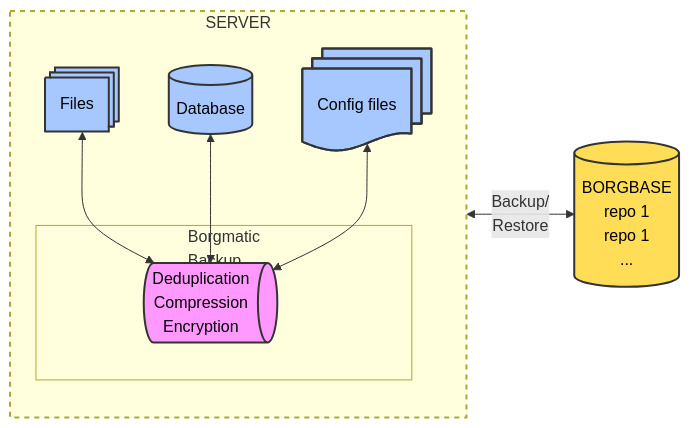
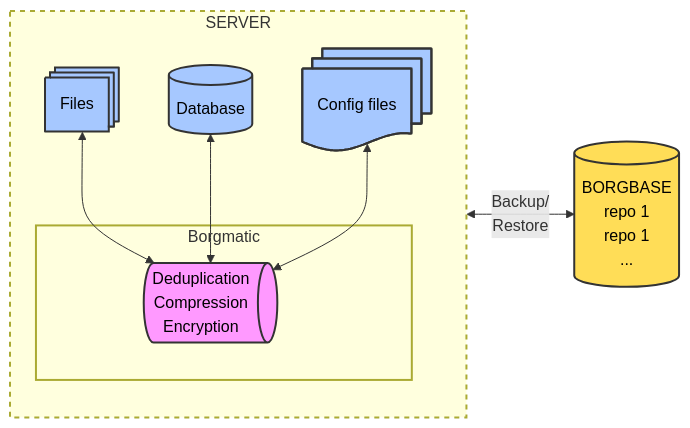
One commit to dinhngocdung/easyengine-notes changed the diagram in content/notes/borgmatic.md. Above: the diagram before and after it, drawn with Mermaid.

````diff
--- a/content/notes/borgmatic.md
+++ b/content/notes/borgmatic.md
@@ -13,42 +13,41 @@
 ```mermaid
 graph LR
 
 	subgraph SERVER
 		
-		subgraph "Borgmatic
-							Backup"
+		subgraph Borgmatic
 		BM
 		end
 		direction TB
 		F@{ shape: processes, label: "Files" }
 		D[(Database)]
 		C@{ shape: docs, label: "Config files" }
 	end
 	BM@{ shape: das, label: "Deduplication
 													Compression
 													Encryption" }
 	BB[("BORGBASE
 	repo 1
 	repo 1
 	...")]
 	BM<-->|"Backup/
 					Restore"|BB
 	F <-->BM
 	D <-->BM
 	C <-->BM
 
 	%% Style theo nhóm
     style BM fill:#f9f,stroke:#333,stroke-width:2px,color:#000
     %% Borgmatic (Xanh nhạt, nét đứt)
     style BB fill:#FFDD57,stroke:#333,stroke-width:2px,color:#000  
     %% BORGBASE (Vàng)
     style F fill:#A6C8FF,stroke:#333,stroke-width:2px,color:#000  
     %% Files (Xanh nhạt)
     style D fill:#A6C8FF,stroke:#333,stroke-width:2px,color:#000  
     %% Database (Vàng)
     style C fill:#A6C8FF,stroke:#333,stroke-width:2px,color:#000  
     %% Config files (Xanh nhạt)
     style SERVER stroke-width:2px,stroke-dasharray: 5 5
-
+    style Borgmatic stroke-width:2px
 
 ```
````
